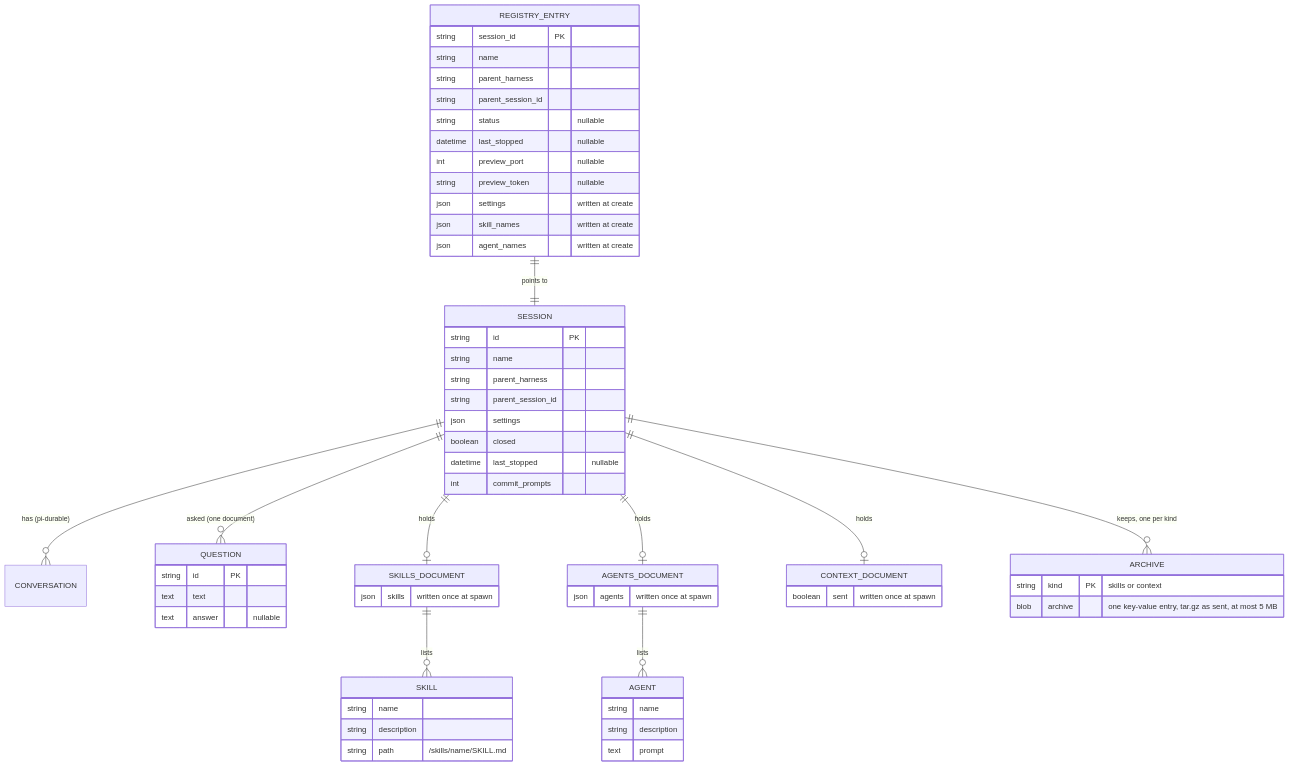
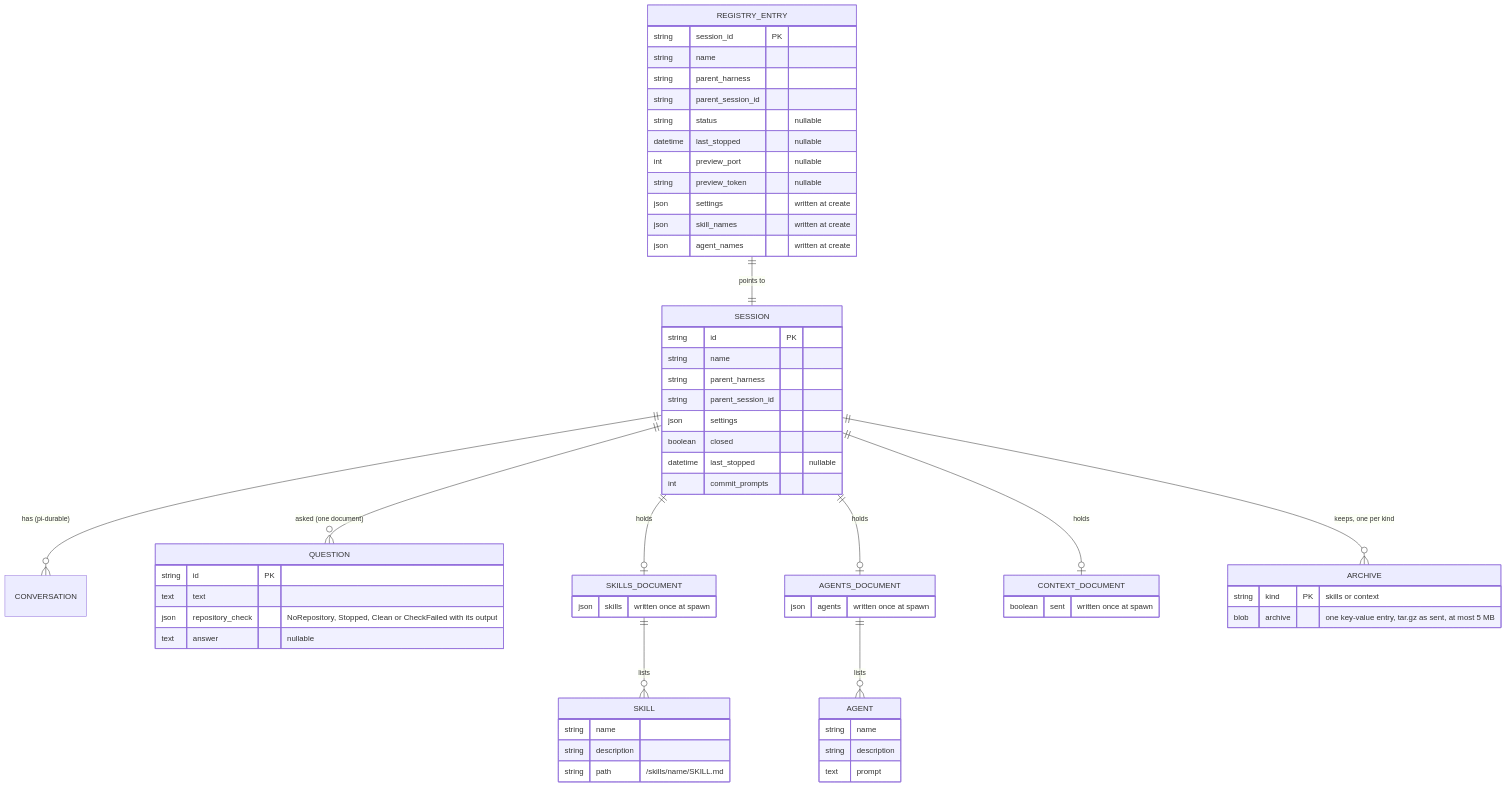
Before and after one commit to asermax/tentacles: the second of 9 diagrams in docs/technical-design/sessions.md, drawn with Mermaid. The commit also changed other lines of this file and 5 other files, not shown here.

Commit message:
docs: name the four repository check outcomes a question carries and the identity variables

````diff
--- a/docs/technical-design/sessions.md
+++ b/docs/technical-design/sessions.md
@@ -63,63 +63,64 @@
 ```mermaid
 erDiagram
     REGISTRY_ENTRY ||--|| SESSION : "points to"
     SESSION ||--o{ CONVERSATION : "has (pi-durable)"
     SESSION ||--o{ QUESTION : "asked (one document)"
     SESSION ||--o| SKILLS_DOCUMENT : "holds"
     SESSION ||--o| AGENTS_DOCUMENT : "holds"
     SESSION ||--o| CONTEXT_DOCUMENT : "holds"
     SESSION ||--o{ ARCHIVE : "keeps, one per kind"
     SKILLS_DOCUMENT ||--o{ SKILL : "lists"
     AGENTS_DOCUMENT ||--o{ AGENT : "lists"
     REGISTRY_ENTRY {
         string session_id PK
         string name
         string parent_harness
         string parent_session_id
         string status "nullable"
         datetime last_stopped "nullable"
         int preview_port "nullable"
         string preview_token "nullable"
         json settings "written at create"
         json skill_names "written at create"
         json agent_names "written at create"
     }
     SESSION {
         string id PK
         string name
         string parent_harness
         string parent_session_id
         json settings
         boolean closed
         datetime last_stopped "nullable"
         int commit_prompts
     }
     QUESTION {
         string id PK
         text text
+        json repository_check "NoRepository, Stopped, Clean or CheckFailed with its output"
         text answer "nullable"
     }
     SKILLS_DOCUMENT {
         json skills "written once at spawn"
     }
     AGENTS_DOCUMENT {
         json agents "written once at spawn"
     }
     CONTEXT_DOCUMENT {
         boolean sent "written once at spawn"
     }
     SKILL {
         string name
         string description
         string path "/skills/name/SKILL.md"
     }
     AGENT {
         string name
         string description
         text prompt
     }
     ARCHIVE {
         string kind PK "skills or context"
         blob archive "one key-value entry, tar.gz as sent, at most 5 MB"
     }
 ```
````
